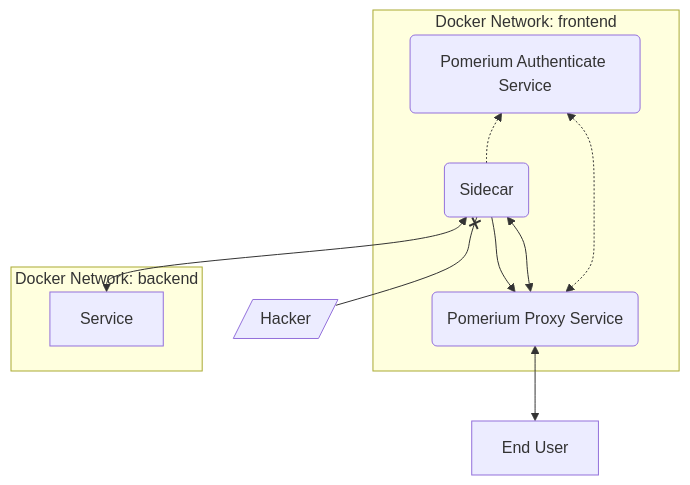
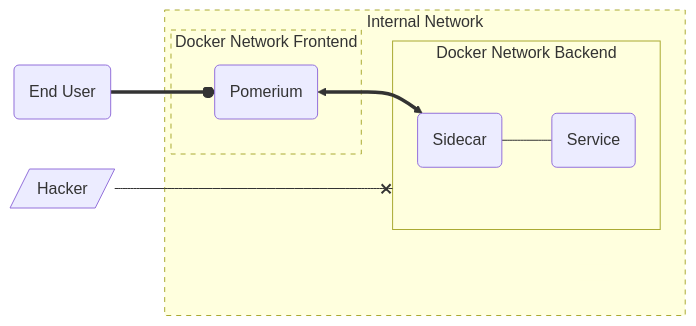
The ninth of 16 diagrams in docs/docs/topics/mutual-auth.md (pomerium/pomerium), drawn with Mermaid before and after one commit. The commit also changed other lines of this file and 1 other file, not shown here.

````diff
--- a/docs/docs/topics/mutual-auth.md
+++ b/docs/docs/topics/mutual-auth.md
@@ -230,24 +228,26 @@
 ```mermaid
-flowchart BT
-    A(Pomerium Proxy Service)
-    B(Pomerium Authenticate Service)
-    C(Sidecar)
-    D[End User]
-    E[Service]
-    F[/Hacker/]
-    D<-->A
-    F--xC
-    subgraph Docker Network: frontend
-        A
-        B
-        C
+flowchart LR
+  A(End User)
+  B(Pomerium)
+  C(Sidecar)
+  D(Service)
+  E[/Hacker/]
+  subgraph lan[Internal Network]
+    style lan stroke-dasharray: 5 5
+    subgraph spacing[ ]
+      style spacing stroke-width:0px,fill:#ffffde;
     end
-    subgraph Docker Network: backend
-        C
-        E<-->C
+    subgraph docker1 [Docker Network Frontend]
+      style docker1 stroke-dasharray:5 5;
+      B
     end
-    A <-.-> B
-    A <--> C
-    C --> A
-    C -.-> B
+    subgraph docker2 [Docker Network Backend]
+      C
+      D
+    end
+  end
+  A==oB
+  B<==>C
+  C---D
+  E---xdocker2
 ```
````
